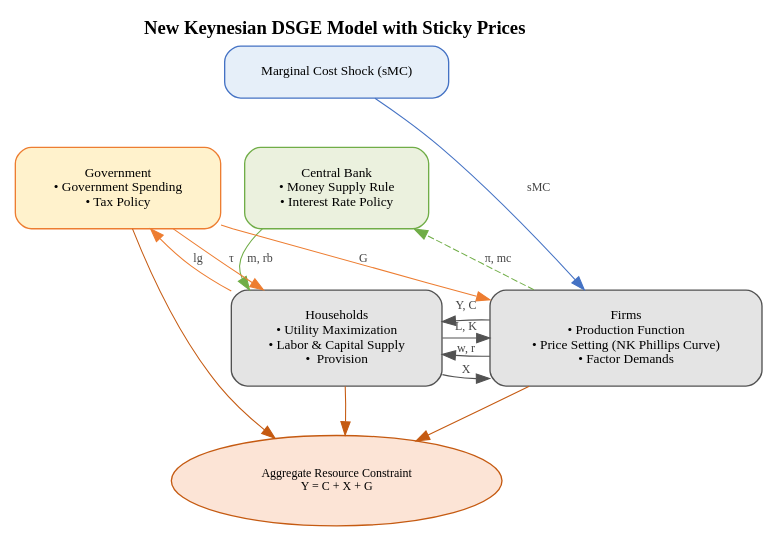
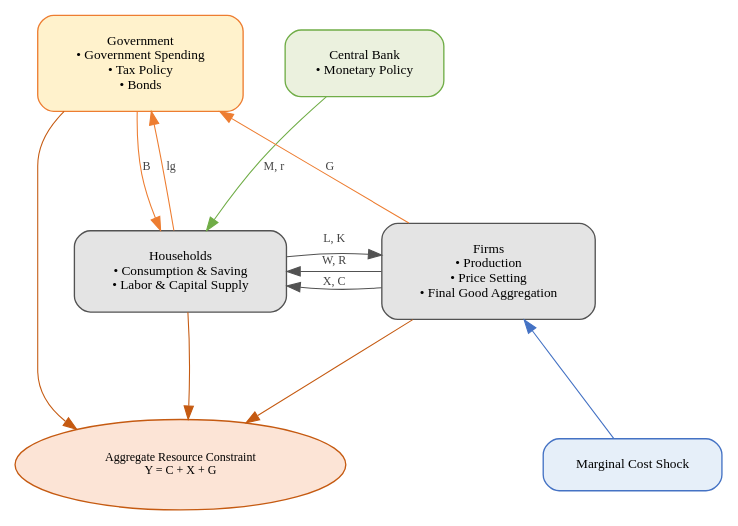
One commit to pszewi/QDM-Paper changed the diagram in model_graph.dot. Above: the diagram before and after it, drawn with Graphviz. The commit also changed 2 other files, not shown here.

Commit message:
adds model flow graph

```diff
--- a/model_graph.dot
+++ b/model_graph.dot
@@ -1,70 +1,71 @@
 digraph DSGE_Model {
     rankdir=TB;
     splines=true;
     bgcolor="white";
     fontname="Times-Roman";
-    
+
     // Node styling
     node [
         shape=box, 
         style="rounded,filled", 
         fontsize=10,
         fontname="Times-Roman",
         color="#333333",
         penwidth=1.0,
         margin=0.2
     ];
     
     // Edge styling
     edge [
         fontname="Times-Roman",
         fontsize=9,
         penwidth=0.8,
-        fontcolor="#444444"
+        fontcolor="#444444",
+        minlen=2
     ];
 
     // Main component groups
-    Shock [label="Marginal Cost Shock (sMC)", fillcolor="#E6EFF9", color="#4472C4"];
-    CB [label="Central Bank\n• Money Supply Rule\n• Interest Rate Policy", fillcolor="#EBF1DE", color="#70AD47"];
-    FP [label="Government\n• Government Spending\n• Tax Policy", fillcolor="#FFF2CC", color="#ED7D31"];
-    Households [label="Households\n• Utility Maximization\n• Labor & Capital Supply\n•  Provision", fillcolor="#E4E4E4", color="#525252"];
-    Firms [label="Firms\n• Production Function\n• Price Setting (NK Phillips Curve)\n• Factor Demands", fillcolor="#E4E4E4", color="#525252"];
+    Shock [label="Marginal Cost Shock", fillcolor="#E6EFF9", color="#4472C4"];
+    CB [label="Central Bank\n• Monetary Policy", fillcolor="#EBF1DE", color="#70AD47"];
+    FP [label="Government\n• Government Spending\n• Tax Policy \n• Bonds", fillcolor="#FFF2CC", color="#ED7D31"];
+    Households [label="Households\n• Consumption & Saving \n• Labor & Capital Supply", fillcolor="#E4E4E4", color="#525252"];
+    Firms [label="Firms\n• Production \n• Price Setting \n• Final Good Aggregation", fillcolor="#E4E4E4", color="#525252"];
     Resource [label="Aggregate Resource Constraint\nY = C + X + G", shape=ellipse, style="filled", fillcolor="#FCE4D6", color="#C55A11", fontsize=9];
 
     // Invisible edges for layout
-    { rank=source; Shock; }
-    { rank=same; CB; FP; }
-    { rank=same; Households; Firms; }
-    { rank=sink; Resource; }
+    // { rank=source; Shock; }
+    { rank=source;CB; FP}
+    { rank=same; Households; Firms;}
+    { rank=sink; Resource;   Shock; }
     
     // Rank constraints to enforce flow
     Shock -> CB [style=invis, weight=10];
     CB -> Households [style=invis, weight=10];
     Households -> Resource [style=invis, weight=10];
     
     // Connections
-    Shock -> Firms [label="sMC", color="#4472C4"];
+    Shock -> Firms [color="#4472C4"];
     
-    CB -> Households [label="m, rb", color="#70AD47"];
+    CB -> Households [label="M, r", color="#70AD47"];
     
-    FP -> Households [label="τ", color="#ED7D31"];
-    FP -> Firms [label="G", color="#ED7D31"];
+    FP -> Households [label="B", color="#ED7D31"];
     Households -> FP [label="lg", color="#ED7D31"];
     
     Households -> Firms [label="L, K", color="#525252"];
-    Firms -> Households [label="w, r", color="#525252"];
+    Firms -> Households [label="W, R", color="#525252"];
     
-    Firms -> Households [label="Y, C", color="#525252"];
-    Households -> Firms [label="X", color="#525252"];
+    Firms -> Households [label="X, C", color="#525252"];
     
-    Firms -> CB [label="π, mc", style="dashed", color="#70AD47"];
-    
+    Firms -> FP [label="G", color="#ED7D31"];
+    // Firms -> CB [label="π, mc", style="dashed", color="#70AD47"];
+    // Firms -> Firms [label="mc", color="#525252"];
+
     // Resource constraint
     Firms -> Resource [color="#C55A11"];
     Households -> Resource [color="#C55A11"];
     FP -> Resource [color="#C55A11"];
     
     // Title
-    labelloc="t";
-    label=<<font face="Times-Roman" point-size="14"><b>New Keynesian DSGE Model with Sticky Prices</b></font>>;
+    // labelloc="t";
+    // label=<<font face="Times-Roman" point-size="14"><b>New Keynesian DSGE Model with Sticky Prices</b></font>>;
 }
```
